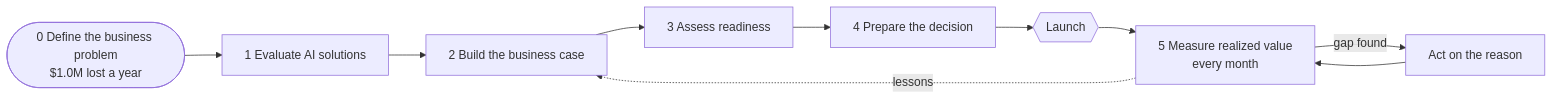
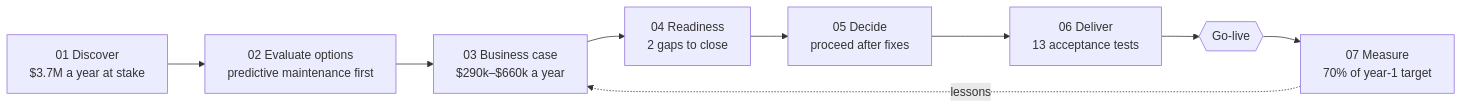
Before and after one commit to chaialishekar/AI-ROI-Navigator: the diagram in README.md, drawn with Mermaid. The commit also changed other lines of this file and 20 other files, not shown here.

````diff
--- a/README.md
+++ b/README.md
@@ -17,12 +21,11 @@
 ```mermaid
 flowchart LR
-    N([0 Define the business problem<br/>$1.0M lost a year]) --> S1[1 Evaluate AI solutions]
-    S1 --> S2[2 Build the business case]
-    S2 --> S3[3 Assess readiness]
-    S3 --> S4[4 Prepare the decision]
-    S4 --> L{{Launch}}
-    L --> S5[5 Measure realized value<br/>every month]
-    S5 -- gap found --> A[Act on the reason]
-    A --> S5
-    S5 -. lessons .-> S2
+    D[01 Discover<br/>$3.7M a year at stake] --> E[02 Evaluate options<br/>predictive maintenance first]
+    E --> B[03 Business case<br/>$290k–$660k a year]
+    B --> R[04 Readiness<br/>2 gaps to close]
+    R --> C[05 Decide<br/>proceed after fixes]
+    C --> V[06 Deliver<br/>13 acceptance tests]
+    V --> L{{Go-live}}
+    L --> M[07 Measure<br/>70% of year-1 target]
+    M -. lessons .-> B
 ```
````
